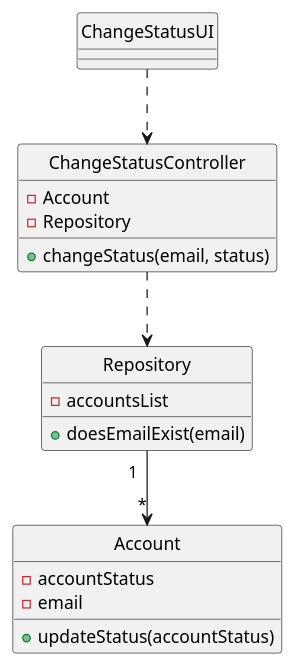
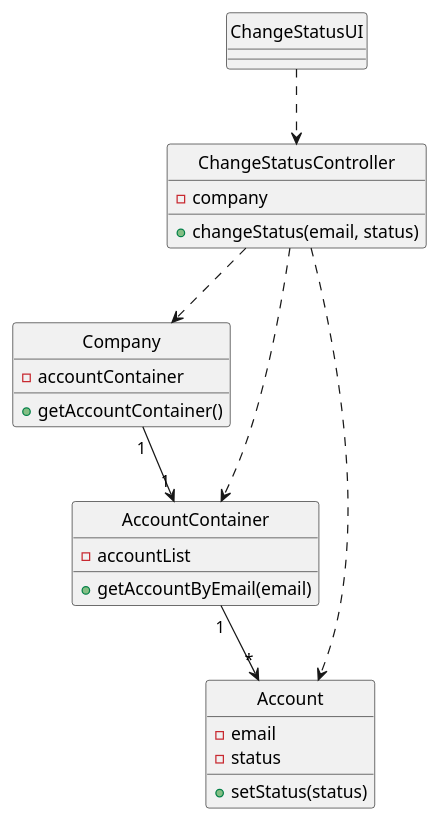
One commit to Loracline/project_switch_22-23 changed the diagram in docs/modelling_design/user_stories/us005/US005_Class_Diagram.puml. Above: the diagram before and after it, drawn with PlantUML. The commit also changed 4 other files, not shown here.

Commit message:
US05/US06 | Update and refinement of Sequence Diagram & Class Diagram

```diff
--- a/docs/modelling_design/user_stories/us005/US005_Class_Diagram.puml
+++ b/docs/modelling_design/user_stories/us005/US005_Class_Diagram.puml
@@ -1,33 +1,43 @@
 @startuml
 
-class "ChangeStatusUI"
-class "ChangeStatusController"
-class "Repository"
-class "Account"
+class "ChangeStatusUI" as CSUI
+class "ChangeStatusController" as CSC
+class "Company" as company
+class "AccountContainer" as container
+class "Account" as account
 
-"ChangeStatusUI" ..> "ChangeStatusController"
-"ChangeStatusController"  ..> "Repository"
-"Repository" "1  " -->"*" "Account"
+"CSUI" ..> "CSC"
+"CSC"  ..> "company"
+"CSC" ..> "container"
+"CSC" ..> "account"
+"company" "1"-->"1" "container"
+"container" "1"-->"*" "account"
 
-class "ChangeStatusController"{
--Account
--Repository
+hide "CSUI" circle
+hide "CSC" circle
+hide "company" circle
+hide "container" circle
+hide "account" circle
+
+class "CSC" {
+-company
 +changeStatus(email, status)
 }
-class "Repository"{
--accountsList
-+doesEmailExist(email)
+
+class "company" {
+-accountContainer
++getAccountContainer()
 }
 
-class Account{
-- accountStatus
--email
-+ updateStatus(accountStatus)
+class "container" {
+-accountList
++getAccountByEmail(email)
 }
 
-hide "ChangeStatusUI" circle
-hide "ChangeStatusController" circle
-hide "Repository" circle
-hide "Account" circle
+class "account" {
+-email
+-status
++setStatus(status)
+}
 
 @enduml
```
